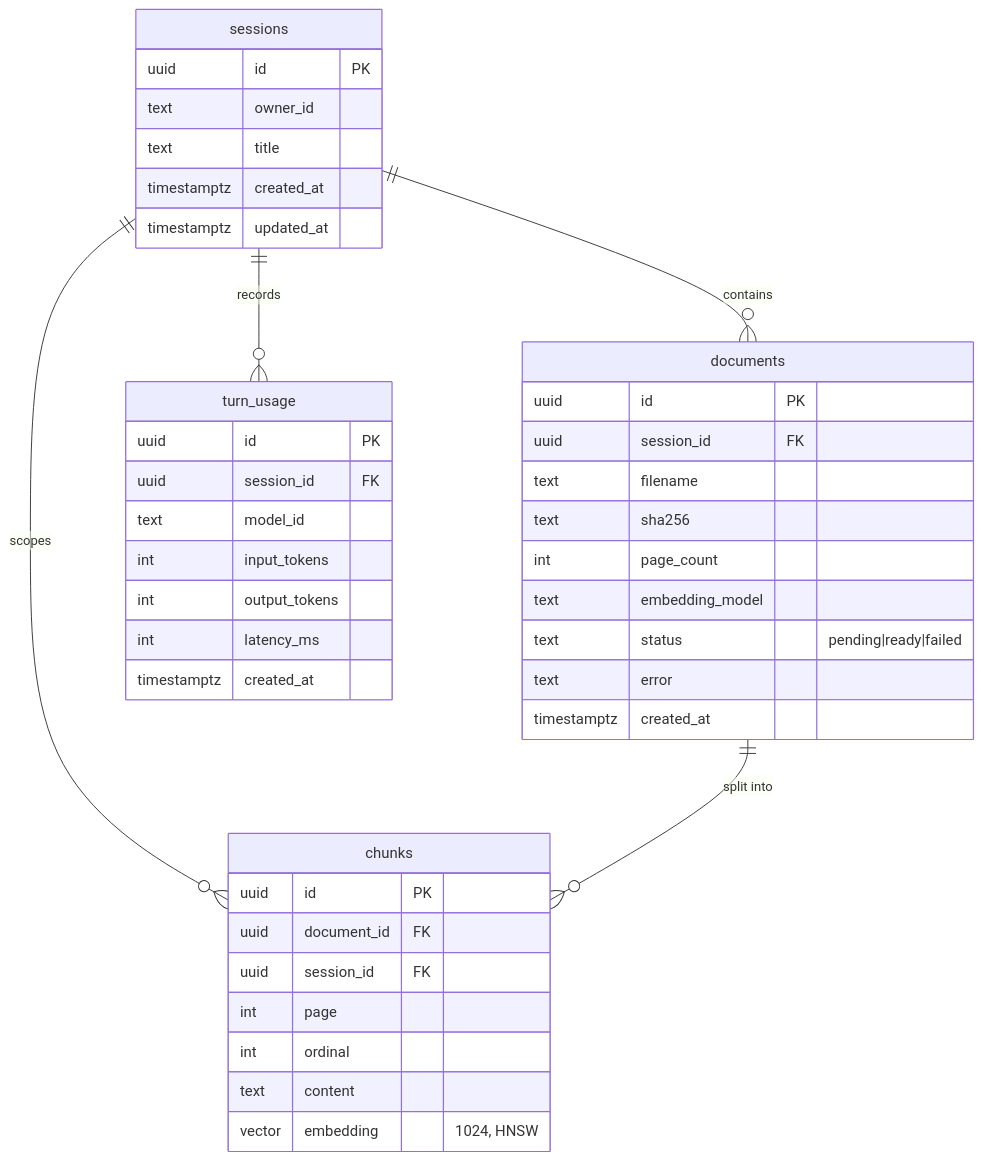
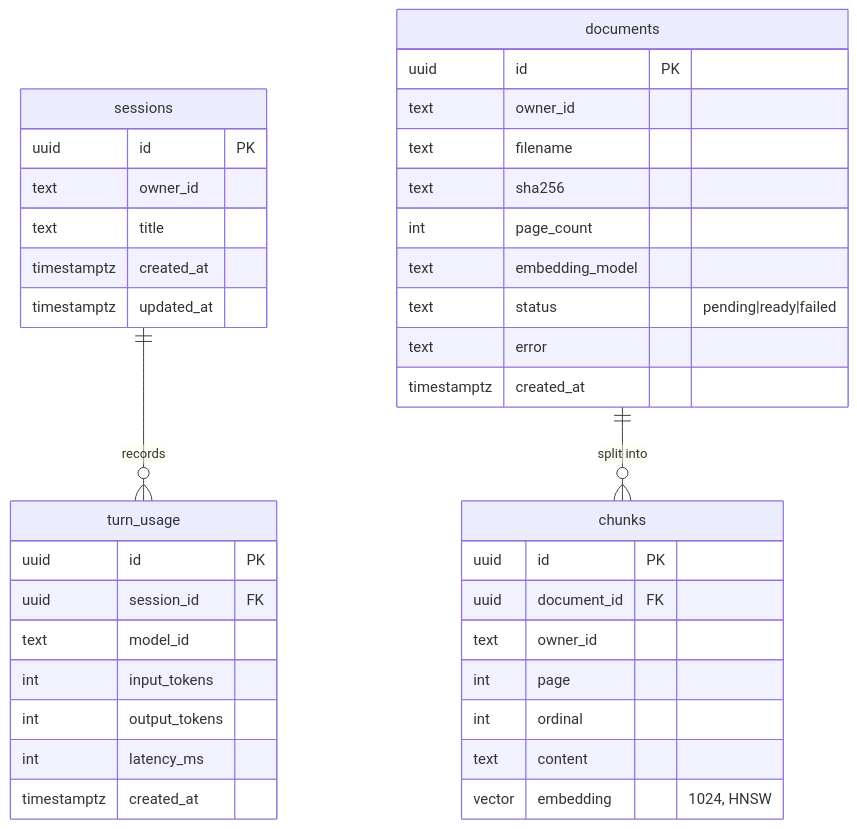
One commit to reddybharat/agentic-rag changed the sixth of 6 diagrams in docs/architecture.md. Above: the diagram before and after it, drawn with Mermaid. The commit also changed other lines of this file and 24 other files, not shown here.

````diff
--- a/docs/architecture.md
+++ b/docs/architecture.md
@@ -214,44 +214,42 @@
 ```mermaid
 erDiagram
-    sessions ||--o{ documents : contains
-    sessions ||--o{ chunks : scopes
     sessions ||--o{ turn_usage : records
     documents ||--o{ chunks : "split into"
 
     sessions {
         uuid id PK
         text owner_id
         text title
         timestamptz created_at
         timestamptz updated_at
     }
     documents {
         uuid id PK
-        uuid session_id FK
+        text owner_id
         text filename
         text sha256
         int page_count
         text embedding_model
         text status "pending|ready|failed"
         text error
         timestamptz created_at
     }
     chunks {
         uuid id PK
         uuid document_id FK
-        uuid session_id FK
+        text owner_id
         int page
         int ordinal
         text content
         vector embedding "1024, HNSW"
     }
     turn_usage {
         uuid id PK
         uuid session_id FK
         text model_id
         int input_tokens
         int output_tokens
         int latency_ms
         timestamptz created_at
     }
 ```
````
